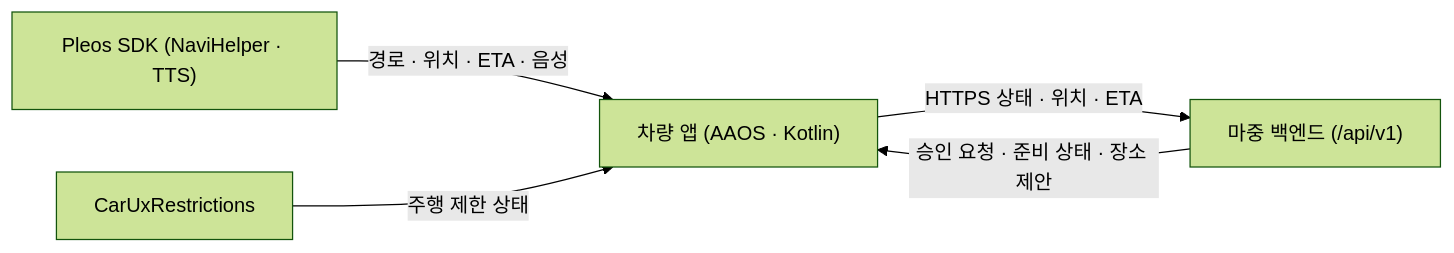
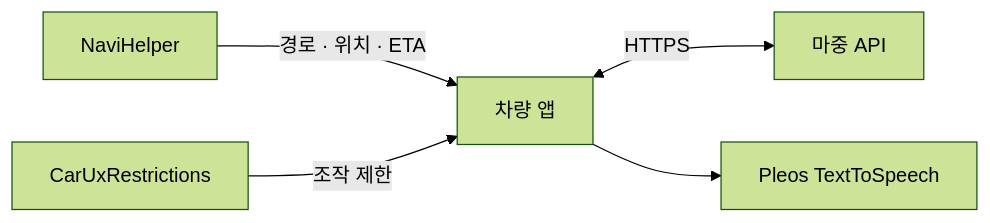
One commit to majung-team/majung-vehicle-app changed the diagram in README.md. Above: the diagram before and after it, drawn with Mermaid (forest theme). The commit also changed other lines of this file, not shown here.

````diff
--- a/README.md
+++ b/README.md
@@ -41,7 +56,7 @@
 ```mermaid
 flowchart LR
-    SDK["Pleos SDK (NaviHelper · TTS)"] -->|"경로 · 위치 · ETA · 음성"| Vehicle["차량 앱 (AAOS · Kotlin)"]
-    Car["CarUxRestrictions"] -->|"주행 제한 상태"| Vehicle
-    Vehicle -->|"HTTPS 상태 · 위치 · ETA"| API["마중 백엔드 (/api/v1)"]
-    API -->|"승인 요청 · 준비 상태 · 장소 제안"| Vehicle
+    Navi["NaviHelper"] -->|"경로 · 위치 · ETA"| App["차량 앱"]
+    UX["CarUxRestrictions"] -->|"조작 제한"| App
+    App <-->|"HTTPS"| API["마중 API"]
+    App --> TTS["Pleos TextToSpeech"]
 ```
````
